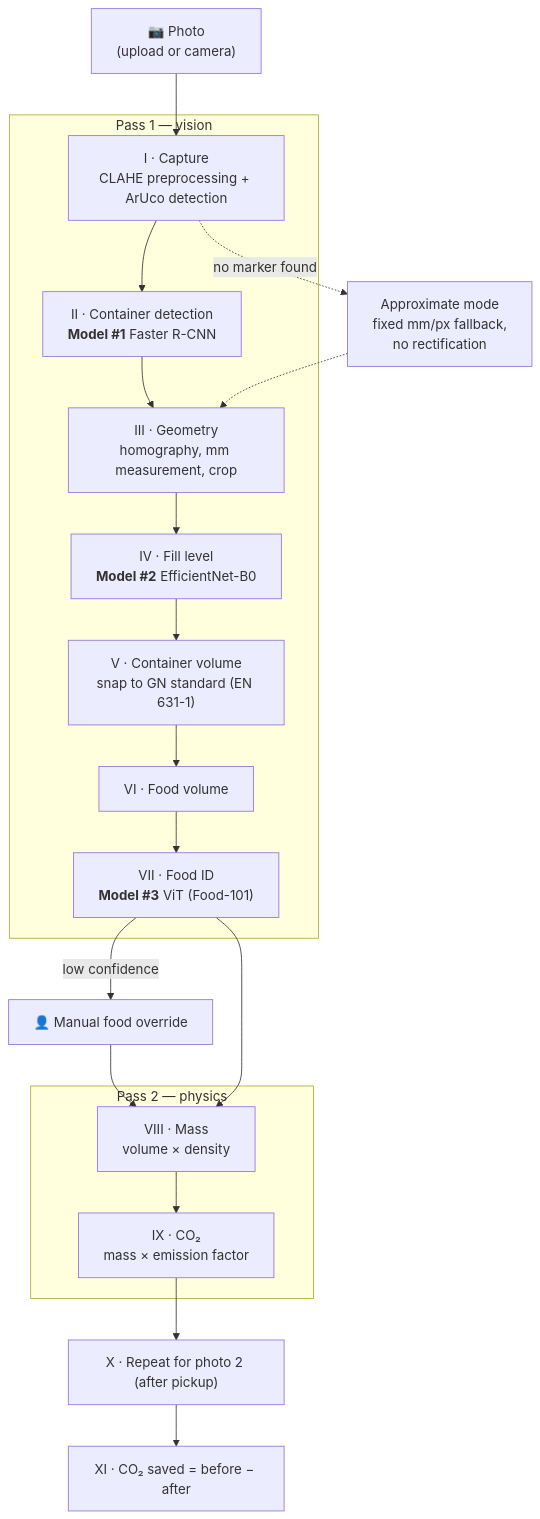
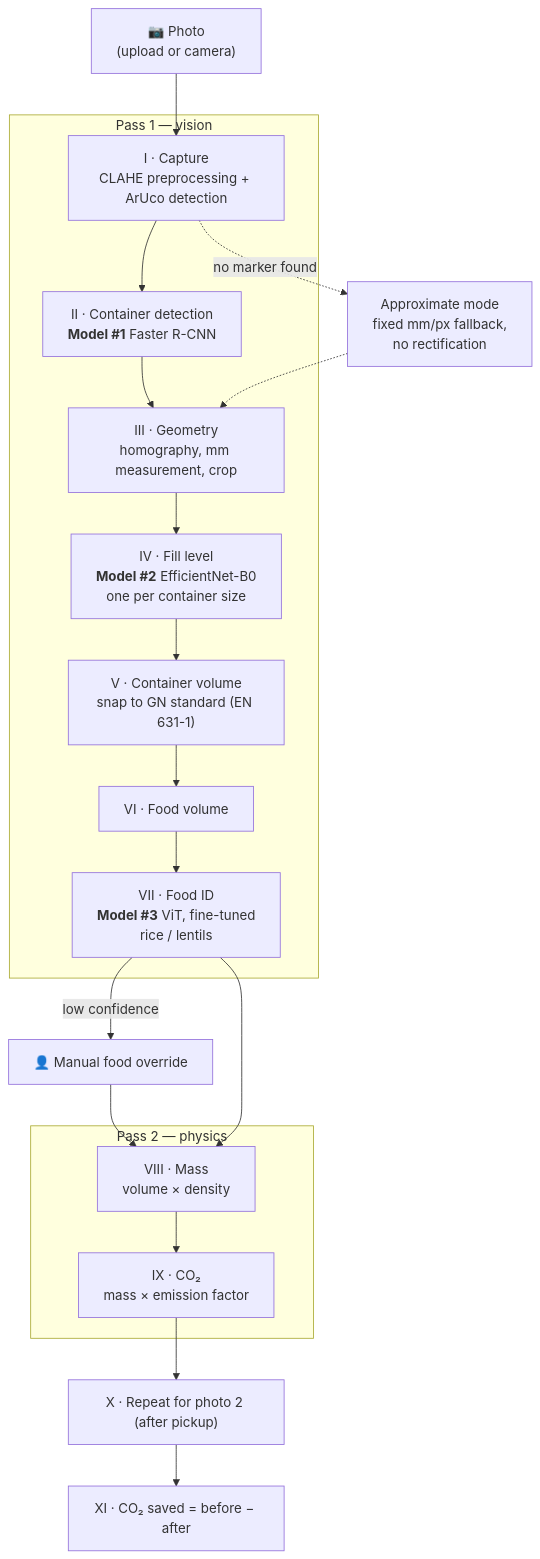
Before and after one commit to matarauj/project_gn_food_estimator: the diagram in README.md, drawn with Mermaid. The commit also changed other lines of this file and 6 other files, not shown here.

````diff
--- a/README.md
+++ b/README.md
@@ -41,31 +40,31 @@
 ```mermaid
 flowchart TD
     A["📷 Photo<br/>(upload or camera)"] --> S1
 
     subgraph PASS1["Pass 1 — vision"]
         S1["I · Capture<br/>CLAHE preprocessing + ArUco detection"]
         S2["II · Container detection<br/><b>Model #1</b> Faster R-CNN"]
         S3["III · Geometry<br/>homography, mm measurement, crop"]
-        S4["IV · Fill level<br/><b>Model #2</b> EfficientNet-B0"]
+        S4["IV · Fill level<br/><b>Model #2</b> EfficientNet-B0<br/>one per container size"]
         S5["V · Container volume<br/>snap to GN standard (EN 631-1)"]
         S6["VI · Food volume"]
-        S7["VII · Food ID<br/><b>Model #3</b> ViT (Food-101)"]
+        S7["VII · Food ID<br/><b>Model #3</b> ViT, fine-tuned<br/>rice / lentils"]
         S1 --> S2 --> S3 --> S4 --> S5 --> S6 --> S7
     end
 
     S1 -. "no marker found" .-> FB["Approximate mode<br/>fixed mm/px fallback,<br/>no rectification"]
     FB -.-> S3
 
     S7 -- "low confidence" --> OV["👤 Manual food override"]
     OV --> S8
     S7 --> S8
 
     subgraph PASS2["Pass 2 — physics"]
         S8["VIII · Mass<br/>volume × density"]
         S9["IX · CO₂<br/>mass × emission factor"]
         S8 --> S9
     end
 
     S9 --> X["X · Repeat for photo 2 (after pickup)"]
     X --> XI["XI · CO₂ saved = before − after"]
 ```
````
